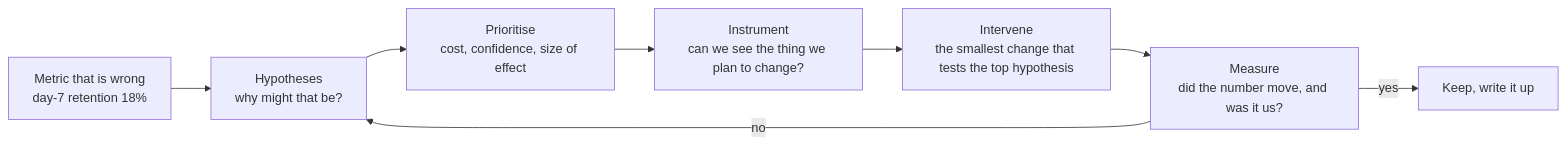
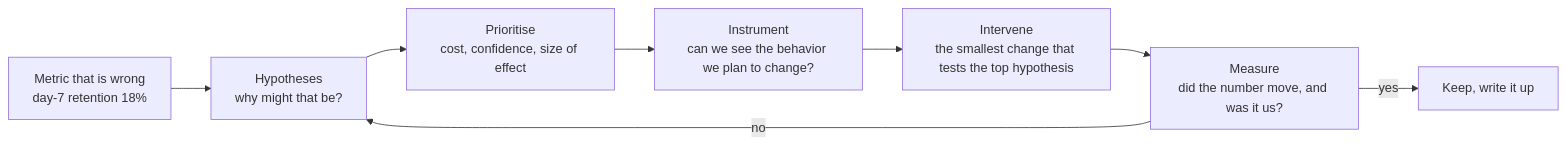
One commit to Grid-School/gridschool-site changed the diagram in read/modules/disciplines/08-product-and-value-engineering.md. Above: the diagram before and after it, drawn with Mermaid. The commit also changed other lines of this file and 92 other files, not shown here.

````diff
--- a/read/modules/disciplines/08-product-and-value-engineering.md
+++ b/read/modules/disciplines/08-product-and-value-engineering.md
@@ -15,10 +15,10 @@
 ```mermaid
 flowchart LR
   M[Metric that is wrong<br/>day-7 retention 18%] --> H[Hypotheses<br/>why might that be?]
   H --> P[Prioritise<br/>cost, confidence, size of effect]
-  P --> I[Instrument<br/>can we see the thing we plan to change?]
+  P --> I[Instrument<br/>can we see the behavior we plan to change?]
   I --> X[Intervene<br/>the smallest change that tests the top hypothesis]
   X --> Me[Measure<br/>did the number move, and was it us?]
   Me -->|yes| K[Keep, write it up]
   Me -->|no| H
 ```
````
